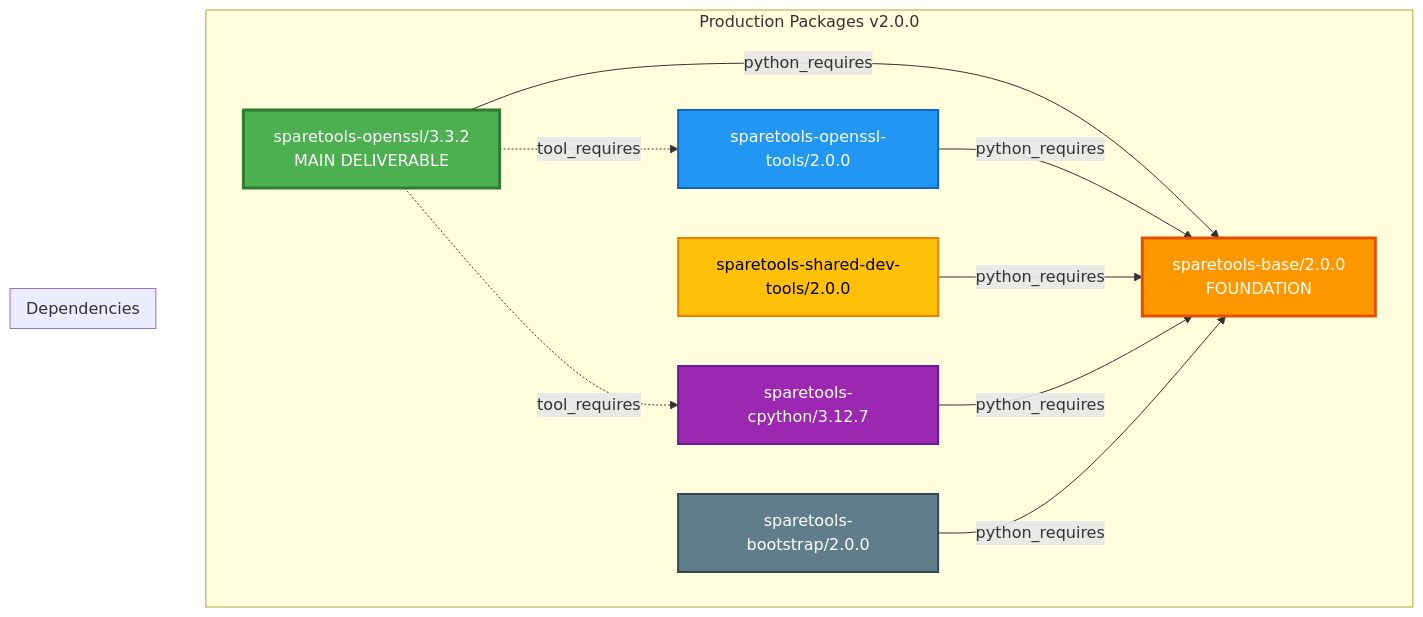
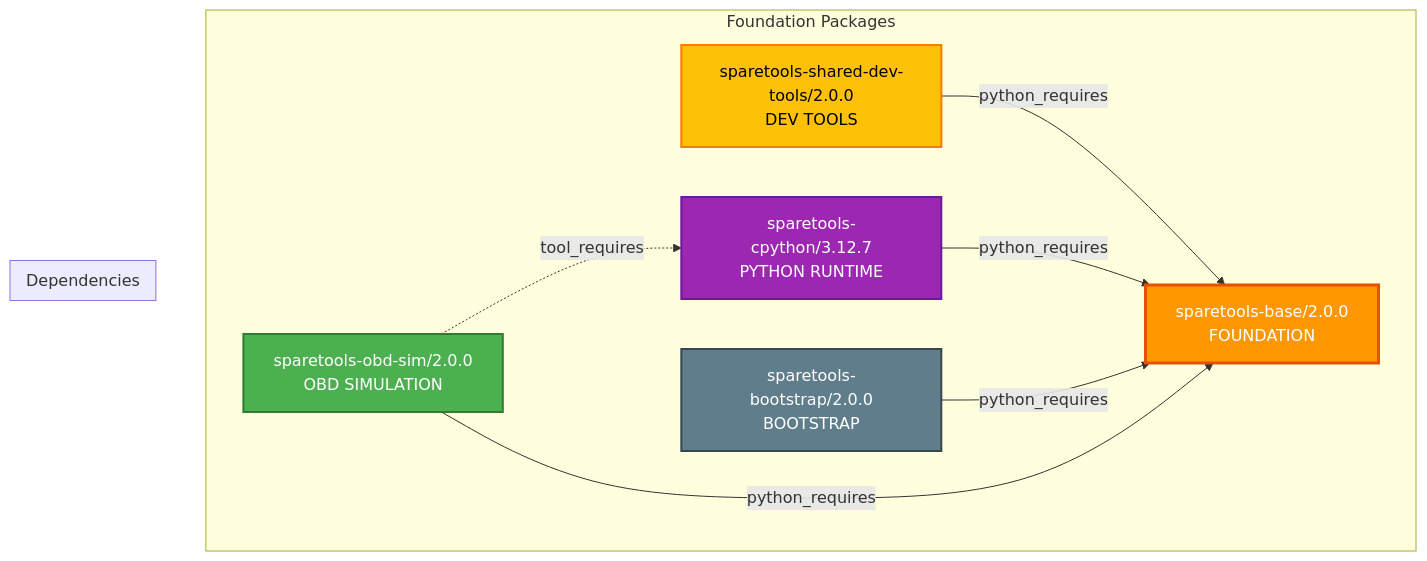
One commit to sparesparrow/sparetools changed the first of 3 diagrams in README.md. Above: the diagram before and after it, drawn with Mermaid. The commit also changed other lines of this file and 461 other files, not shown here.

````diff
--- a/README.md
+++ b/README.md
@@ -48,29 +69,24 @@
 ```mermaid
 graph TD
-    subgraph "Production Packages v2.0.0"
-        openssl[sparetools-openssl/3.3.2<br/>MAIN DELIVERABLE]
-        tools[sparetools-openssl-tools/2.0.0]
+    subgraph "Foundation Packages"
         base[sparetools-base/2.0.0<br/>FOUNDATION]
-        cpython[sparetools-cpython/3.12.7]
-        shared[sparetools-shared-dev-tools/2.0.0]
-        bootstrap[sparetools-bootstrap/2.0.0]
+        cpython[sparetools-cpython/3.12.7<br/>PYTHON RUNTIME]
+        shared[sparetools-shared-dev-tools/2.0.0<br/>DEV TOOLS]
+        bootstrap[sparetools-bootstrap/2.0.0<br/>BOOTSTRAP]
+        obd[sparetools-obd-sim/2.0.0<br/>OBD SIMULATION]
     end
 
     subgraph "Dependencies"
-        openssl -.->|tool_requires| tools
-        openssl -.->|tool_requires| cpython
-        openssl -->|python_requires| base
-
-        tools -->|python_requires| base
         shared -->|python_requires| base
         cpython -->|python_requires| base
         bootstrap -->|python_requires| base
+        obd -->|python_requires| base
+        obd -.->|tool_requires| cpython
     end
 
-    style openssl fill:#4CAF50,stroke:#2E7D32,color:#fff,stroke-width:3px
     style base fill:#FF9800,stroke:#E65100,color:#fff,stroke-width:3px
-    style tools fill:#2196F3,stroke:#1565C0,color:#fff,stroke-width:2px
     style cpython fill:#9C27B0,stroke:#6A1B9A,color:#fff,stroke-width:2px
     style shared fill:#FFC107,stroke:#F57C00,color:#000,stroke-width:2px
     style bootstrap fill:#607D8B,stroke:#37474F,color:#fff,stroke-width:2px
+    style obd fill:#4CAF50,stroke:#2E7D32,color:#fff,stroke-width:2px
 ```
````
